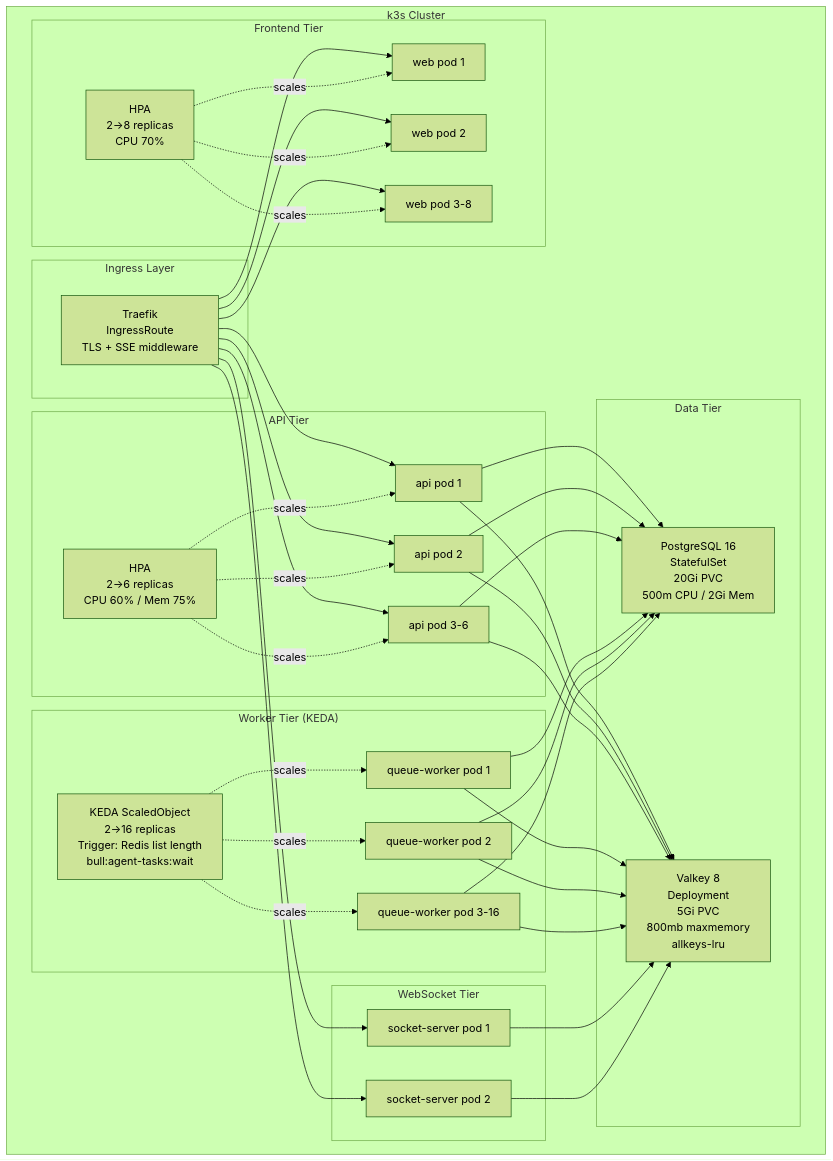
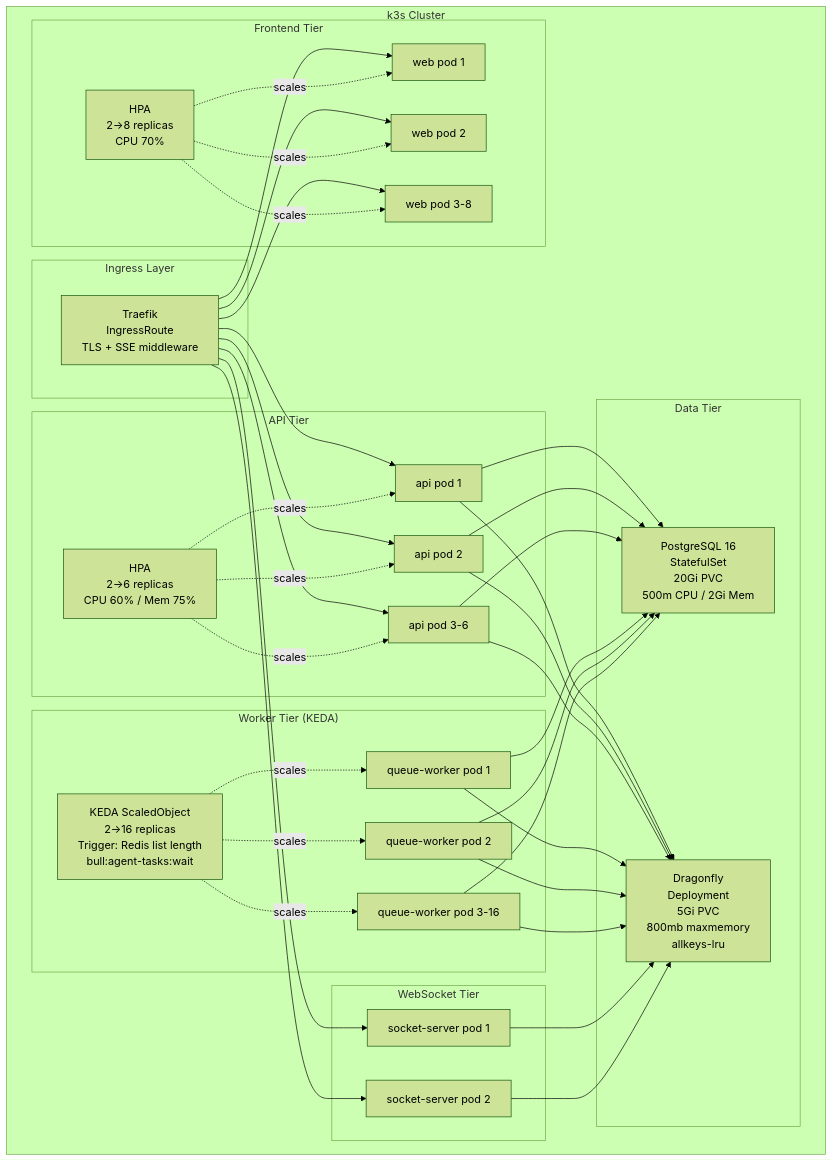
The ninth of 18 diagrams in ARCHITECTURE.md (idimetrix/prometheus-ai), drawn with Mermaid (forest theme) before and after one commit. The commit also changed other lines of this file and 3 other files, not shown here.

Commit message:
docs: update architecture, features, missing gaps, and technologies documentation

````diff
--- a/ARCHITECTURE.md
+++ b/ARCHITECTURE.md
@@ -1255,55 +1287,55 @@
 ```mermaid
 graph TD
     subgraph "k3s Cluster"
         subgraph "Ingress Layer"
             Traefik["Traefik<br/>IngressRoute<br/>TLS + SSE middleware"]
         end
 
         subgraph "Frontend Tier"
             Web1["web pod 1"]
             Web2["web pod 2"]
             WebN["web pod 3-8"]
             WebHPA["HPA<br/>2→8 replicas<br/>CPU 70%"]
         end
 
         subgraph "API Tier"
             API1["api pod 1"]
             API2["api pod 2"]
             APIN["api pod 3-6"]
             APIHPA["HPA<br/>2→6 replicas<br/>CPU 60% / Mem 75%"]
         end
 
         subgraph "WebSocket Tier"
             Socket1["socket-server pod 1"]
             Socket2["socket-server pod 2"]
         end
 
         subgraph "Worker Tier (KEDA)"
             QW1["queue-worker pod 1"]
             QW2["queue-worker pod 2"]
             QWN["queue-worker pod 3-16"]
             KEDA["KEDA ScaledObject<br/>2→16 replicas<br/>Trigger: Redis list length<br/>bull:agent-tasks:wait"]
         end
 
         subgraph "Data Tier"
             PG["PostgreSQL 16<br/>StatefulSet<br/>20Gi PVC<br/>500m CPU / 2Gi Mem"]
-            Redis["Valkey 8<br/>Deployment<br/>5Gi PVC<br/>800mb maxmemory<br/>allkeys-lru"]
+            Redis["Dragonfly<br/>Deployment<br/>5Gi PVC<br/>800mb maxmemory<br/>allkeys-lru"]
         end
     end
 
     Traefik --> Web1 & Web2 & WebN
     Traefik --> API1 & API2 & APIN
     Traefik --> Socket1 & Socket2
 
     API1 & API2 & APIN --> PG
     API1 & API2 & APIN --> Redis
 
     QW1 & QW2 & QWN --> Redis
     QW1 & QW2 & QWN --> PG
 
     Socket1 & Socket2 --> Redis
 
     WebHPA -.->|"scales"| Web1 & Web2 & WebN
     APIHPA -.->|"scales"| API1 & API2 & APIN
     KEDA -.->|"scales"| QW1 & QW2 & QWN
 ```
````
